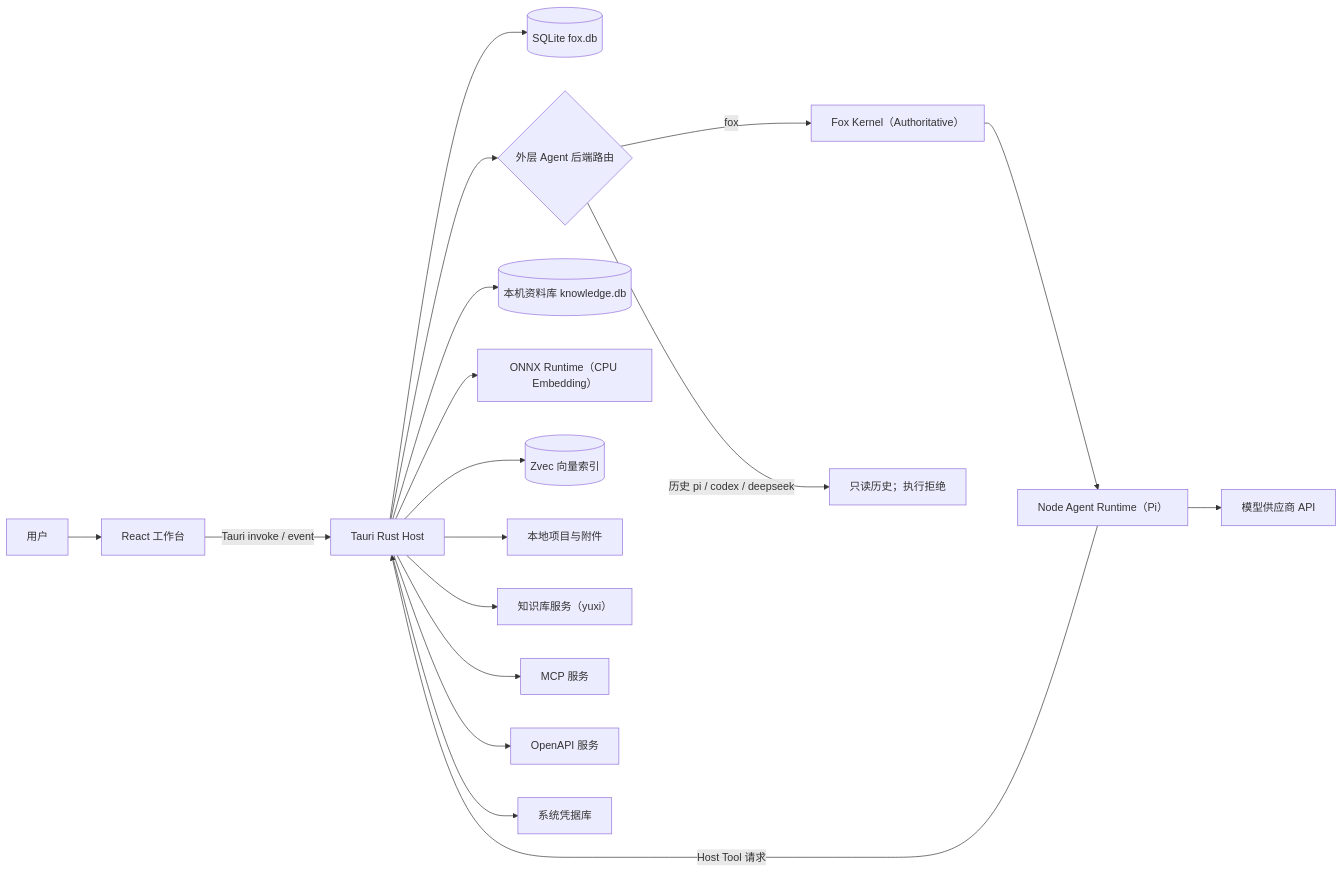
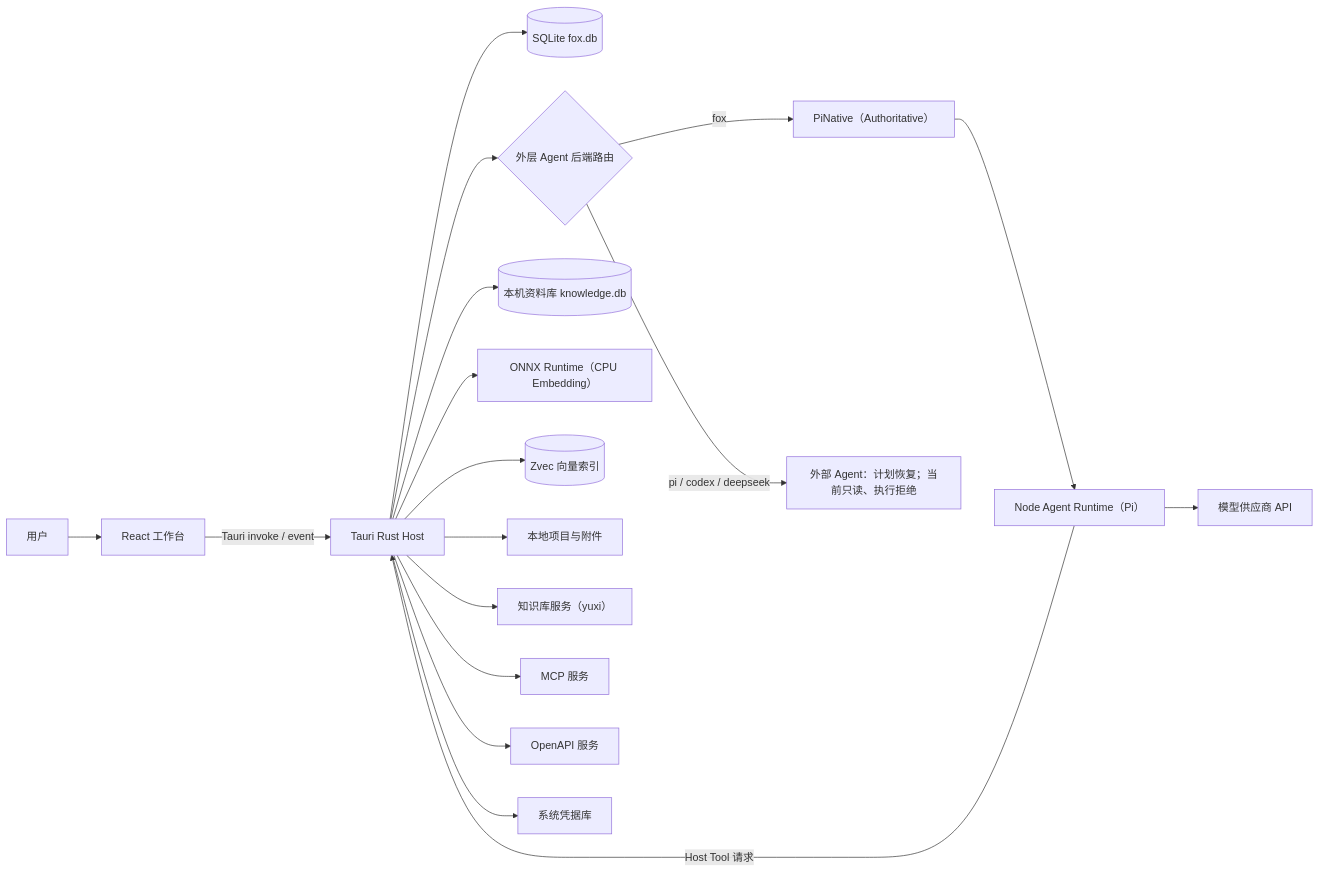
Before and after one commit to Hry1729/Fox-Agent: the first of 3 diagrams in docs/01-项目概览/系统概览.md, drawn with Mermaid. The commit also changed other lines of this file and 21 other files, not shown here.

Commit message:
docs(B4c): Kernel loop deleted — architecture, runtime, roadmap, dev guides [skip ci]

````diff
--- a/docs/01-项目概览/系统概览.md
+++ b/docs/01-项目概览/系统概览.md
@@ -16,20 +16,20 @@
 ```mermaid
 flowchart LR
   User["用户"] --> UI["React 工作台"]
   UI -->|"Tauri invoke / event"| Host["Tauri Rust Host"]
   Host --> DB[("SQLite fox.db")]
   Host --> Router{"外层 Agent 后端路由"}
-  Router -->|"fox"| Kernel["Fox Kernel（Authoritative）"]
+  Router -->|"fox"| Kernel["PiNative（Authoritative）"]
   Kernel --> Runtime["Node Agent Runtime（Pi）"]
   Runtime --> Model["模型供应商 API"]
   Runtime -->|"Host Tool 请求"| Host
-  Router -->|"历史 pi / codex / deepseek"| Ext["只读历史；执行拒绝"]
+  Router -->|"pi / codex / deepseek"| Ext["外部 Agent：计划恢复；当前只读、执行拒绝"]
   Host --> LocalKnowledge[("本机资料库 knowledge.db")]
   Host --> ONNX["ONNX Runtime（CPU Embedding）"]
   Host --> Zvec[("Zvec 向量索引")]
   Host --> Files["本地项目与附件"]
   Host --> Knowledge["知识库服务（yuxi）"]
   Host --> MCP["MCP 服务"]
   Host --> OpenAPI["OpenAPI 服务"]
   Host --> Keyring["系统凭据库"]
 ```
````
